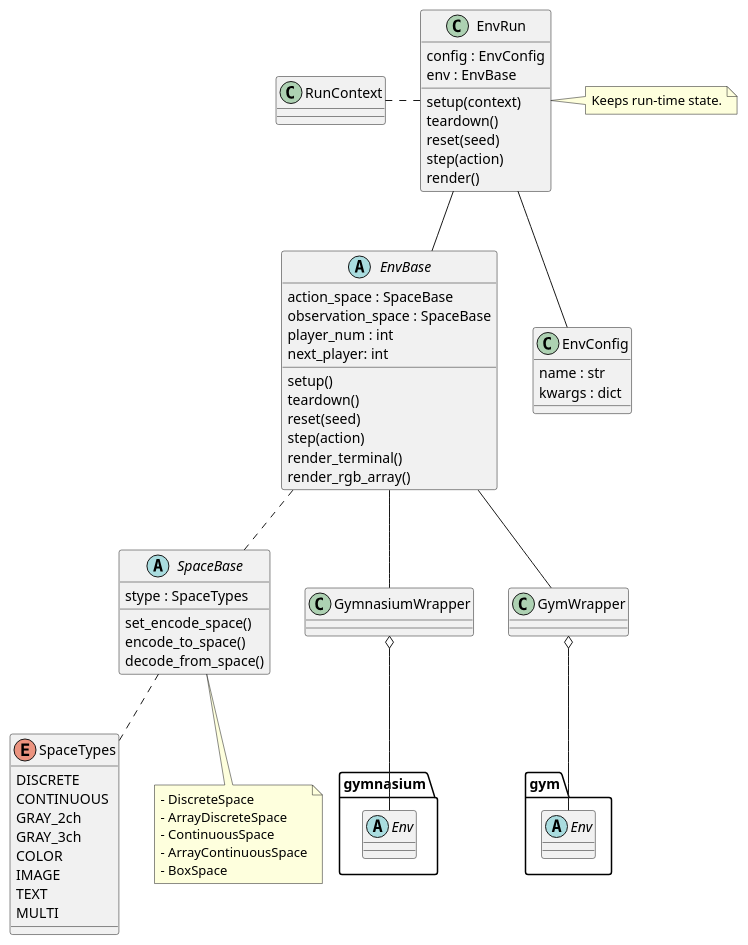
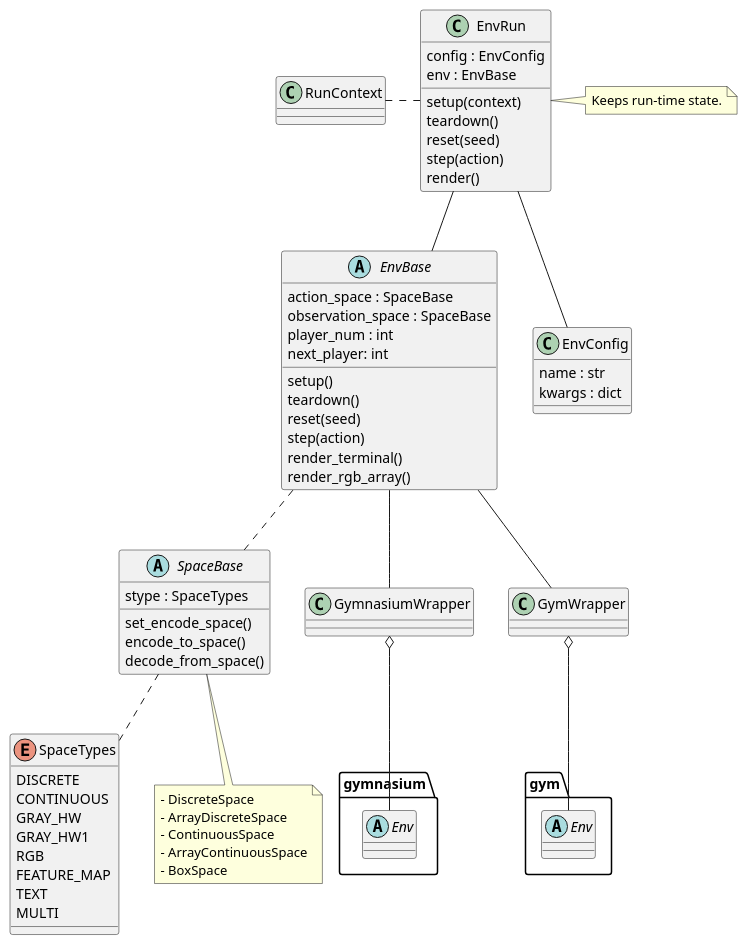
Before and after one commit to pocokhc/simple_distributed_rl: the diagram in diagrams/class_env.pu, drawn with PlantUML. The commit also changed 51 other files, not shown here.

```diff
--- a/diagrams/class_env.pu
+++ b/diagrams/class_env.pu
@@ -1,80 +1,80 @@
 @startuml class_env
 
 enum SpaceTypes {
     DISCRETE
     CONTINUOUS
-    GRAY_2ch
-    GRAY_3ch
-    COLOR
-    IMAGE
+    GRAY_HW
+    GRAY_HW1
+    RGB
+    FEATURE_MAP
     TEXT
     MULTI
 }
 
 abstract SpaceBase {
     stype : SpaceTypes
     set_encode_space()
     encode_to_space()
     decode_from_space()
 }
 note as SpaceMemo
 - DiscreteSpace
 - ArrayDiscreteSpace
 - ContinuousSpace
 - ArrayContinuousSpace
 - BoxSpace
 end note
 SpaceBase <|-- SpaceMemo
 
 SpaceBase .. SpaceTypes
 
 abstract EnvBase {
     action_space : SpaceBase
     observation_space : SpaceBase
     player_num : int
     next_player: int
     setup()
     teardown()
     reset(seed)
     step(action)
     render_terminal()
     render_rgb_array()
 } 
 
 EnvBase .. SpaceBase
 
 abstract gymnasium.Env {}
 abstract gym.Env {}
 class GymnasiumWrapper {}
 class GymWrapper {}
 
 GymnasiumWrapper o-- gymnasium.Env
 GymWrapper o-- gym.Env
 EnvBase -- GymnasiumWrapper
 EnvBase -- GymWrapper
 
 class RunContext {}
 class EnvRun {
     config : EnvConfig
     env : EnvBase
     setup(context)
     teardown()
     reset(seed)
     step(action)
     render()
 }
 EnvRun -- EnvBase
 RunContext . EnvRun
 
 note "Keeps run-time state." as EnvRunMemo
 EnvRun . EnvRunMemo
 
 
 class EnvConfig {
     name : str
     kwargs : dict
 }
 EnvRun -- EnvConfig
 
 
 @enduml
```
